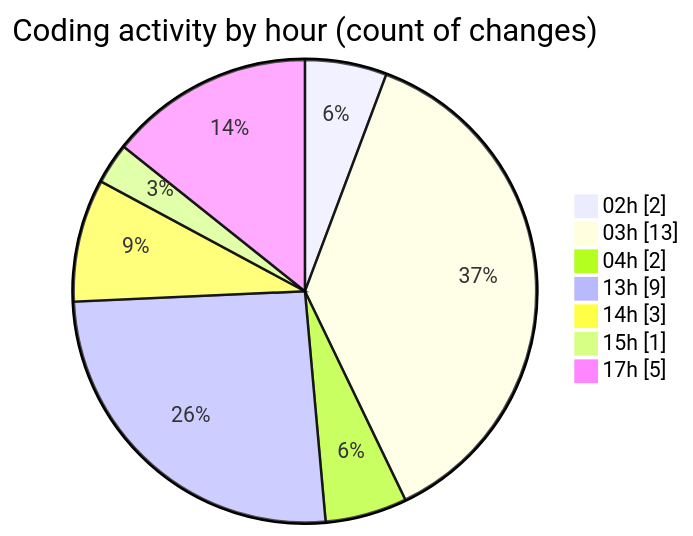
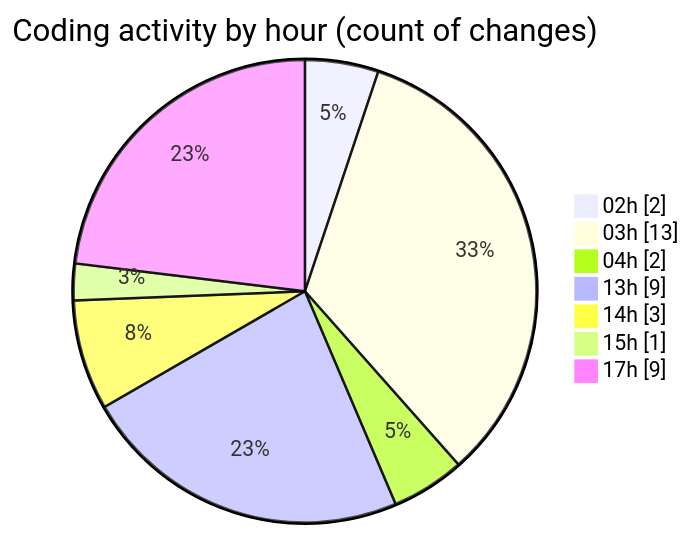
Before and after one commit to julien-gomy/code-tracking: the second of 2 diagrams in 2025-11-28/eventscop-frontend-guide__workspace_/README.md, drawn with Mermaid. The commit also changed other lines of this file and 1 other file, not shown here.

````diff
--- a/2025-11-28/eventscop-frontend-guide__workspace_/README.md
+++ b/2025-11-28/eventscop-frontend-guide__workspace_/README.md
@@ -39,11 +40,11 @@
 ```mermaid
 pie showData
 title Coding activity by hour (count of changes)
 "02h" : 2
 "03h" : 13
 "04h" : 2
 "13h" : 9
 "14h" : 3
 "15h" : 1
-"17h" : 5
+"17h" : 9
 ```
````
